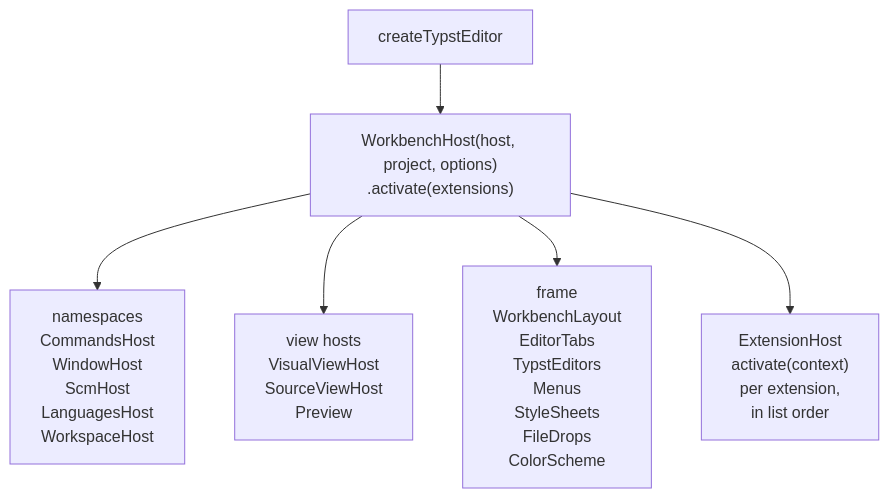
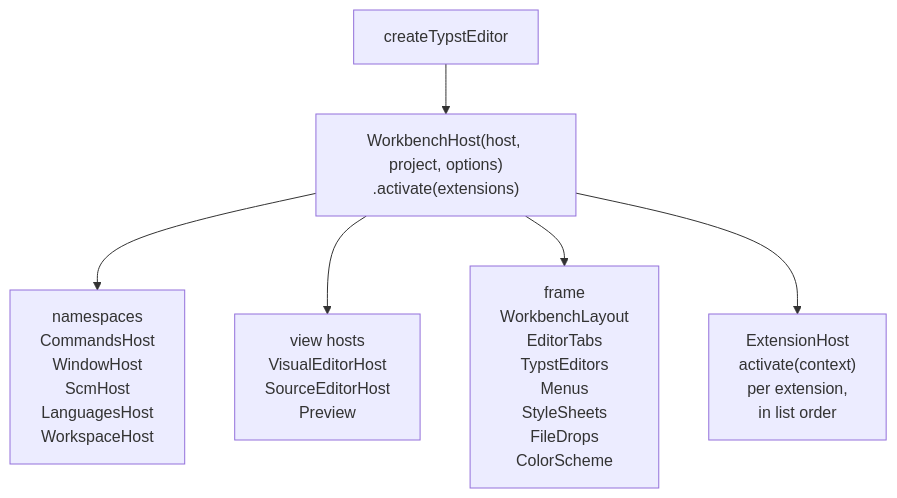
The diagram in docs/diagrams/workbench-composition.mmd (sandstorm/zwiebelfisch), drawn with Mermaid before and after one commit. The commit also changed 345 other files, not shown here.

First line of the commit message:
Visual and Source editors: named like VS Code's editors, not views

```diff
--- a/docs/diagrams/workbench-composition.mmd
+++ b/docs/diagrams/workbench-composition.mmd
@@ -1,25 +1,25 @@
 flowchart TD
   create["createTypstEditor"] --> host["`WorkbenchHost(host, project, options)
   .activate(extensions)`"]
   host --> namespaces["`namespaces
   CommandsHost
   WindowHost
   ScmHost
   LanguagesHost
   WorkspaceHost`"]
   host --> views["`view hosts
-  VisualViewHost
-  SourceViewHost
+  VisualEditorHost
+  SourceEditorHost
   Preview`"]
   host --> frame["`frame
   WorkbenchLayout
   EditorTabs
   TypstEditors
   Menus
   StyleSheets
   FileDrops
   ColorScheme`"]
   host --> extensions["`ExtensionHost
   activate(context)
   per extension,
   in list order`"]
```
